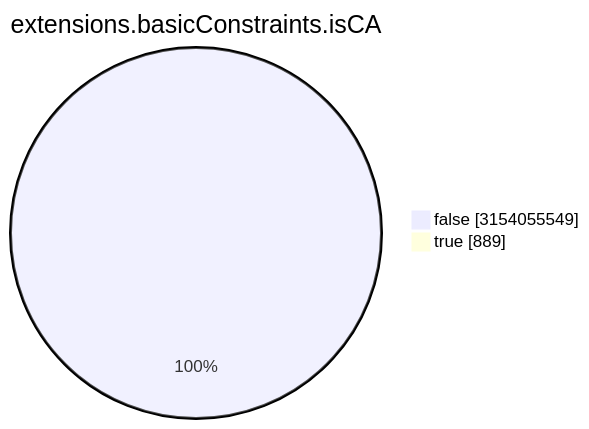
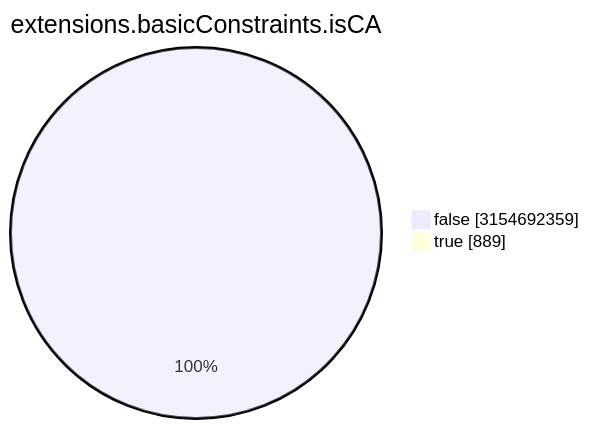
The seventh of 15 diagrams in TOTAL/README.md (christiankrug/ctmonitor_visualization), drawn with Mermaid before and after one commit. The commit also changed other lines of this file, not shown here.

````diff
--- a/TOTAL/README.md
+++ b/TOTAL/README.md
@@ -3088,6 +3088,6 @@
 ```mermaid
 pie showData
 title extensions.basicConstraints.isCA
-"false" :3154055549
+"false" :3154692359
 "true" :889
 ```
````
